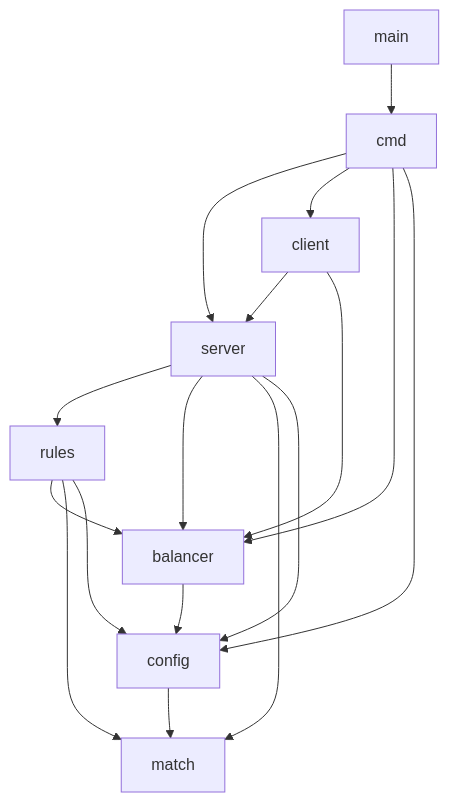
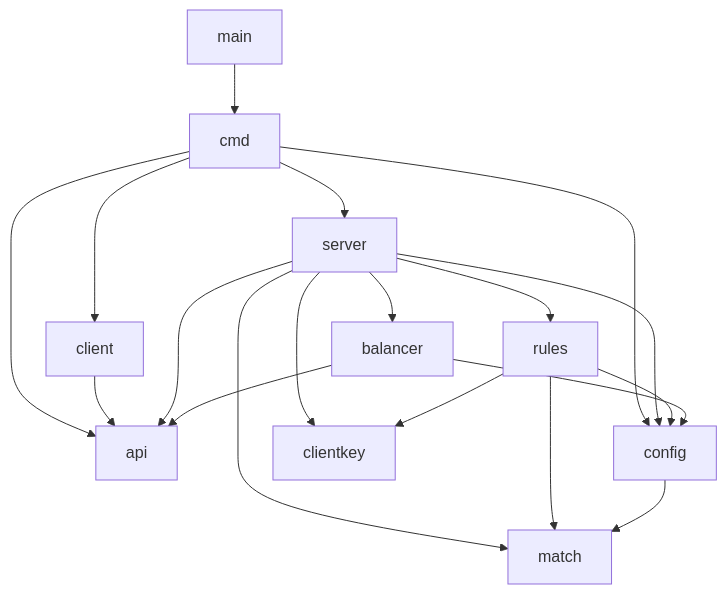
Before and after one commit to binwiederhier/ntlb: the first of 10 diagrams in docs/code.md, drawn with Mermaid. The commit also changed other lines of this file and 27 other files, not shown here.

Commit message:
Move the admin wire types to api and client identity to clientkey

````diff
--- a/docs/code.md
+++ b/docs/code.md
@@ -57,19 +59,21 @@
 ```mermaid
 flowchart TB
     main["main"] --> cmd
     cmd --> server
     cmd --> client
-    cmd --> balancer
+    cmd --> api
     cmd --> config
-    client --> server
-    client --> balancer
+    client --> api
     server --> rules
     server --> balancer
+    server --> clientkey
     server --> match
     server --> config
-    rules --> balancer
+    server --> api
+    rules --> clientkey
     rules --> match
     rules --> config
     balancer --> config
+    balancer --> api
     config --> match
 ```
````
